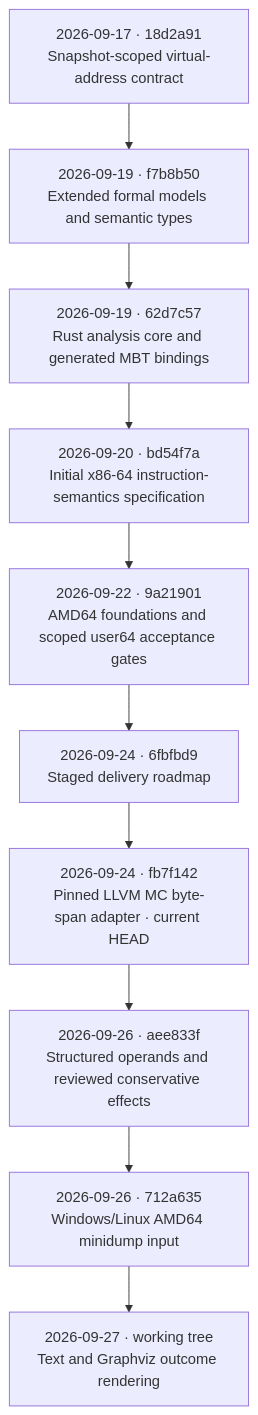
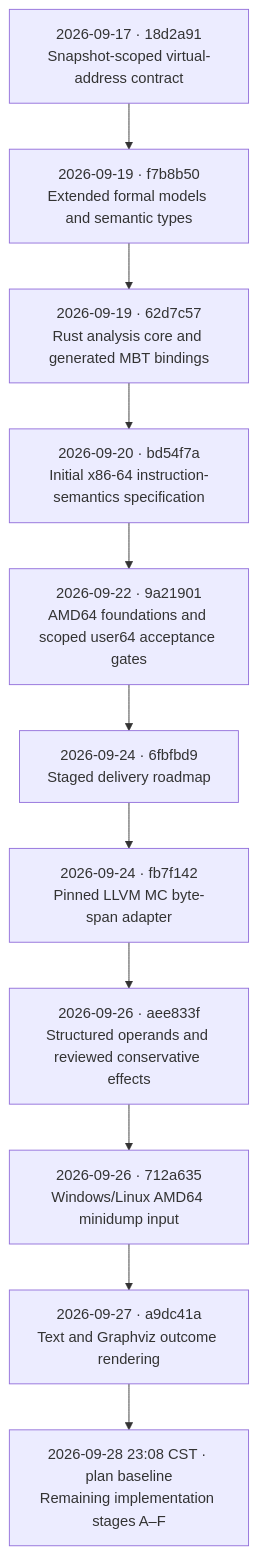
Before and after one commit to NzSN/Ariadne: the first of 2 diagrams in CHECKPOINTS.md, drawn with Mermaid. The commit also changed other lines of this file and 6 other files, not shown here.

Commit message:
docs: record remaining implementation plan and design links

````diff
--- a/CHECKPOINTS.md
+++ b/CHECKPOINTS.md
@@ -7,14 +7,15 @@
 ```mermaid
 flowchart TD
     A["2026-09-17 · 18d2a91<br/>Snapshot-scoped virtual-address contract"]
     B["2026-09-19 · f7b8b50<br/>Extended formal models and semantic types"]
     C["2026-09-19 · 62d7c57<br/>Rust analysis core and generated MBT bindings"]
     D["2026-09-20 · bd54f7a<br/>Initial x86-64 instruction-semantics specification"]
     E["2026-09-22 · 9a21901<br/>AMD64 foundations and scoped user64 acceptance gates"]
     F["2026-09-24 · 6fbfbd9<br/>Staged delivery roadmap"]
-    G["2026-09-24 · fb7f142<br/>Pinned LLVM MC byte-span adapter · current HEAD"]
+    G["2026-09-24 · fb7f142<br/>Pinned LLVM MC byte-span adapter"]
     H["2026-09-26 · aee833f<br/>Structured operands and reviewed conservative effects"]
     I["2026-09-26 · 712a635<br/>Windows/Linux AMD64 minidump input"]
-    J["2026-09-27 · working tree<br/>Text and Graphviz outcome rendering"]
-    A --> B --> C --> D --> E --> F --> G --> H --> I --> J
+    J["2026-09-27 · a9dc41a<br/>Text and Graphviz outcome rendering"]
+    K["2026-09-28 23:08 CST · plan baseline<br/>Remaining implementation stages A–F"]
+    A --> B --> C --> D --> E --> F --> G --> H --> I --> J --> K
 ```
````
